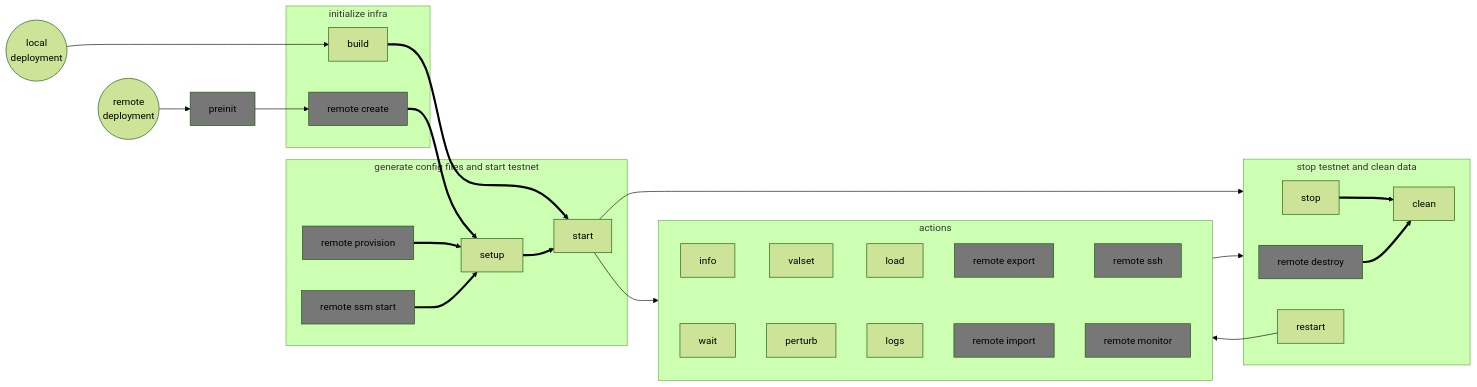
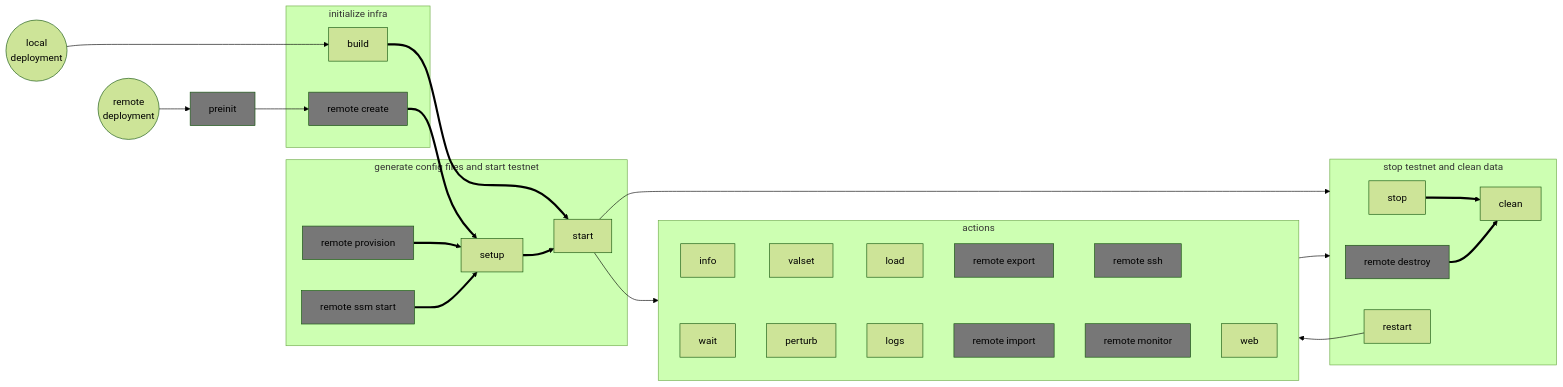
One commit to circlefin/arc-node changed the first of 3 diagrams in crates/quake/README.md. Above: the diagram before and after it, drawn with Mermaid (forest theme). The commit also changed other lines of this file and 214 other files, not shown here.

````diff
--- a/crates/quake/README.md
+++ b/crates/quake/README.md
@@ -163,69 +166,70 @@
 ```mermaid
 graph LR
     init_local(("local<br>deployment")):::hidden
     init_remote(("remote<br>deployment")):::hidden
 
     subgraph INIT["initialize infra"]
         create["remote create"]
         build
     end
 
     subgraph START["<div style="white-space: nowrap;">generate config files and start testnet</div\>"]
         setup
         provision["remote provision"]
         ssm["remote ssm start"]
         start
     end
 
     subgraph ACTIONS["actions"]
         info
         wait
         perturb
         logs
         valset
         load
+        web
         ssh["remote ssh"]
         export["remote export"]
         import["remote import"]
         monitor["remote monitor"]
     end
 
     subgraph STOP["stop testnet and clean data"]
         stop
         destroy["remote destroy"]
         clean
         restart
     end
 
     init_local ~~~ init_remote
     init_remote --> preinit
     init_local --> build
     preinit --> create ==> setup
     build ==> start --> STOP
     provision ==> setup ==> start --> ACTIONS --> STOP
     ssm ==> setup
     stop ==> clean
     destroy ==> clean
     ACTIONS ~~~ restart --> ACTIONS
 
     %% use invisible edges to give some order
     info ~~~ wait
     valset ~~~ perturb
     load ~~~ logs
     export ~~~ import
     ssh ~~~ monitor
 
     classDef hidden width:0px;
 
     %% remote commands
     classDef grey fill:#777
     class preinit grey
     class create grey
     class provision grey
     class ssm grey
     class destroy grey
     class ssh grey
     class export grey
     class import grey
     class monitor grey
 ```
````
